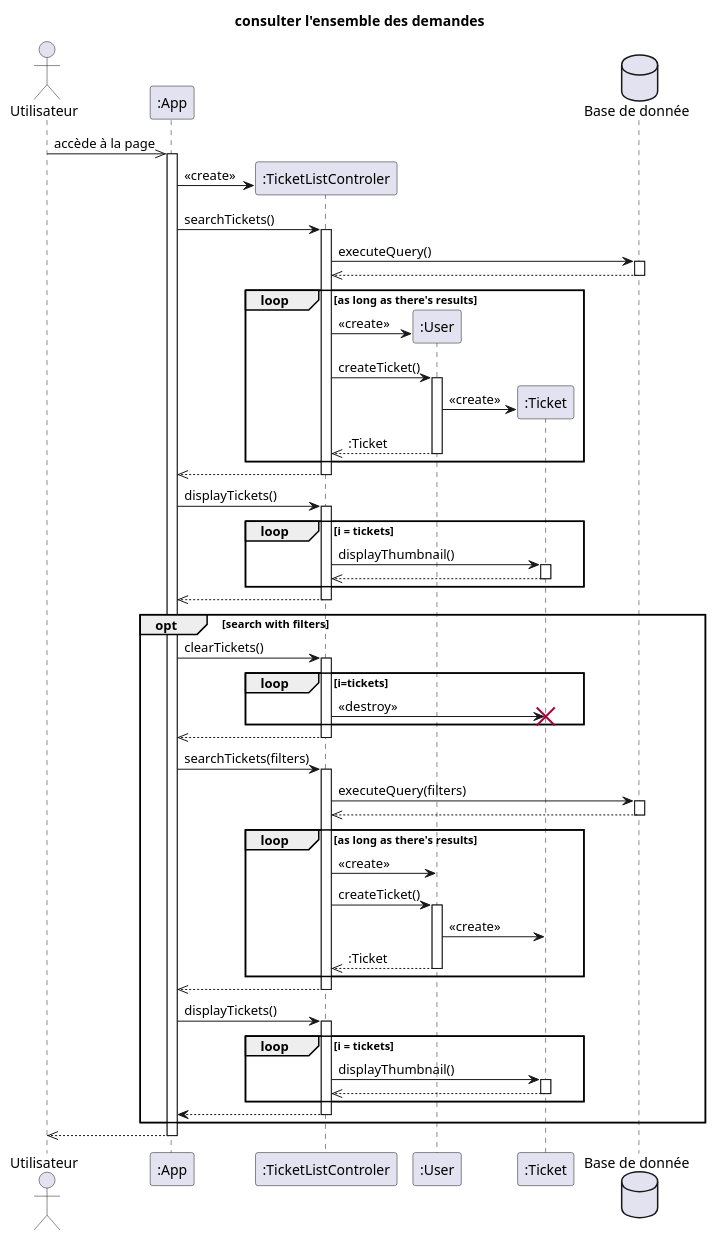
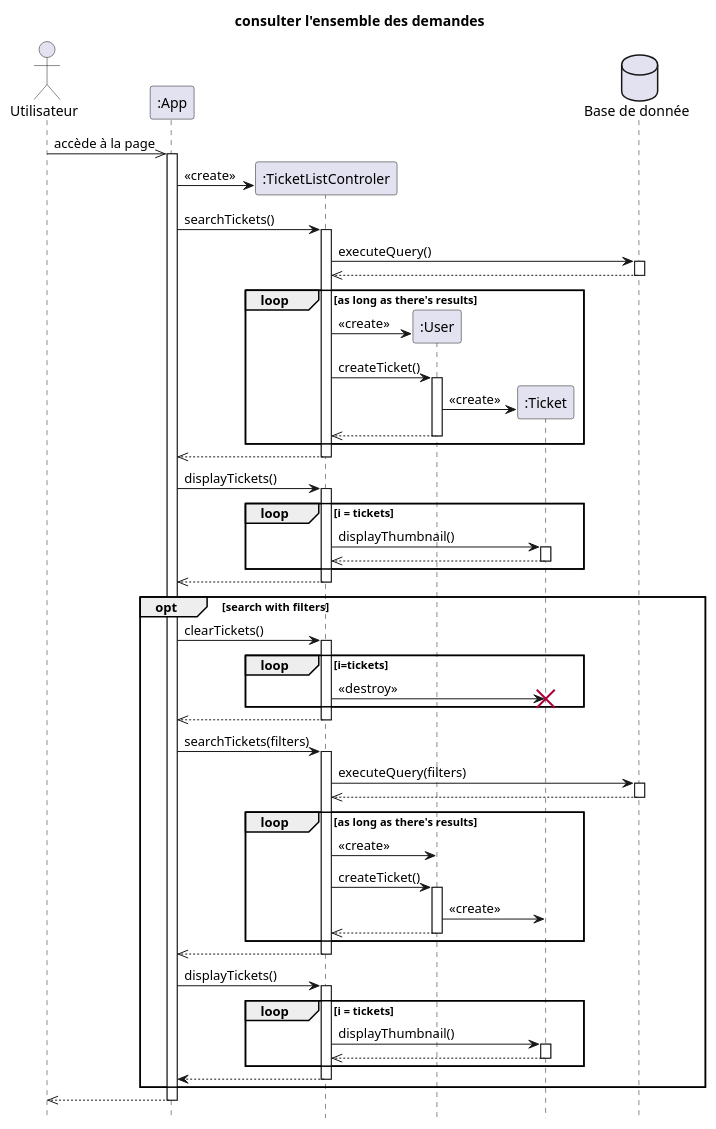
The diagram in docs/UML/diagrammes séquence/consulter l'ensemble des demandes.puml (dorianleveque/CoHub), drawn with PlantUML before and after one commit. The commit also changed 4 other files, not shown here.

Commit message:
update sequence

```diff
--- a/docs/UML/diagrammes séquence/consulter l'ensemble des demandes.puml
+++ b/docs/UML/diagrammes séquence/consulter l'ensemble des demandes.puml
@@ -1,92 +1,92 @@
 @startuml consulter l'ensemble des demandes
 title consulter l'ensemble des demandes
 
 actor client as "Utilisateur" order 1 
 participant app as ":App" order 2 
 database bdd as "Base de donnée"  order 6
-
+hide footbox
 client ->> app :accède à la page 
 activate app
 create tlc as ":TicketListControler" order 3
 app -> tlc : <<create>>
 
 app -> tlc : searchTickets() 
 activate tlc
 tlc -> bdd : executeQuery()
 activate bdd
 tlc <<-- bdd
 deactivate bdd
 
 loop as long as there's results
     create user as ":User" order 4
     tlc -> user : <<create>>
     tlc -> user : createTicket()
     activate user
     create ticket as ":Ticket" order 5
     user -> ticket : <<create>>
-    tlc <<-- user : :Ticket
+    tlc <<-- user :
     deactivate user
 end
 app <<-- tlc
 deactivate tlc
 
 app -> tlc : displayTickets()
 activate tlc
 
 loop i = tickets
 tlc -> ticket : displayThumbnail()
 activate ticket
 tlc <<-- ticket: 
 deactivate ticket
 end
 
 
 app <<-- tlc
 deactivate tlc
 
 opt search with filters
     app -> tlc: clearTickets()
     activate tlc
     loop i=tickets
         tlc -> ticket: <<destroy>>
         destroy ticket
     end
     app <<-- tlc
     deactivate tlc
 
     app -> tlc : searchTickets(filters) 
     activate tlc
     tlc -> bdd : executeQuery(filters)
     activate bdd
     tlc <<-- bdd
     deactivate bdd
 
     loop as long as there's results
         create user as ":User" order 4
         tlc -> user : <<create>>
         tlc -> user : createTicket()
         activate user
         create ticket as ":Ticket" order 5
         user -> ticket : <<create>>
-        tlc <<-- user : :Ticket
+        tlc <<-- user :
         deactivate user
     end
     app <<-- tlc
     deactivate tlc
 
     app -> tlc : displayTickets()
     activate tlc
     loop i = tickets
         tlc -> ticket : displayThumbnail()
         activate ticket
         tlc <<-- ticket: 
         deactivate ticket
     end
     
     app <-- tlc
     deactivate tlc
 end
 client <<-- app
 deactivate app
 
 @enduml
```
